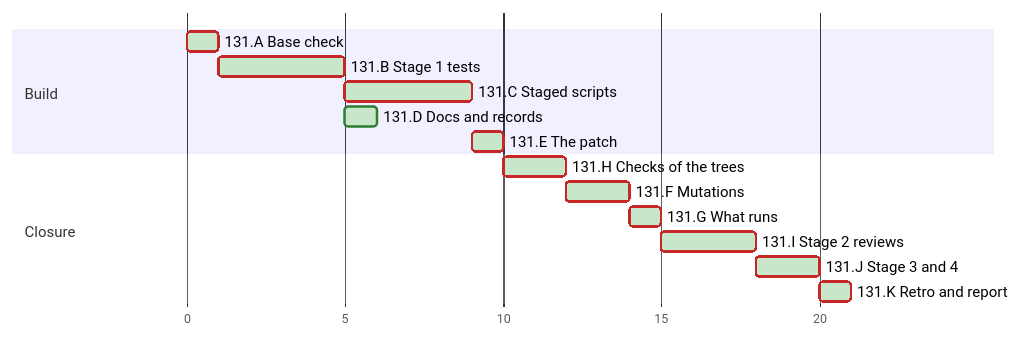
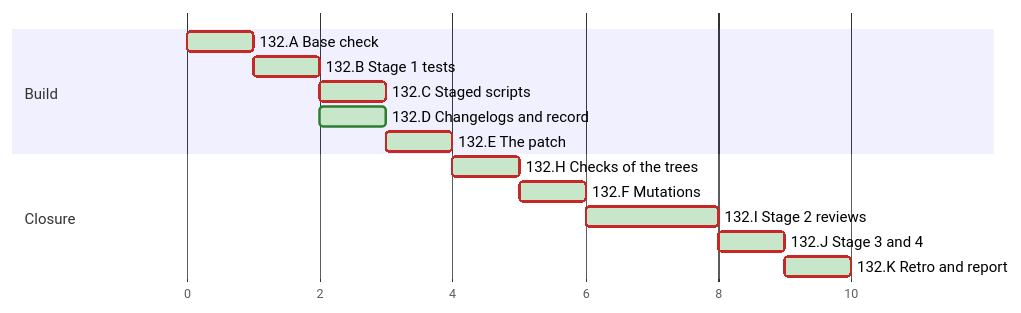
One commit to MatrixFounder/Agentic-development changed the diagram in docs/PLAN.md. Above: the diagram before and after it, drawn with Mermaid. The commit also changed other lines of this file and 13 other files, not shown here.

````diff
--- a/docs/PLAN.md
+++ b/docs/PLAN.md
@@ -691,23 +434,22 @@
 ```mermaid
 %%{init: {"look": "classic", "themeVariables": {"doneTaskBkgColor": "#C8E6C9", "doneTaskBorderColor": "#2E7D32", "activeTaskBkgColor": "#FFF3C4", "activeTaskBorderColor": "#F9A825", "taskBkgColor": "#FFFFFF", "taskBorderColor": "#9E9E9E", "critBkgColor": "#FFFFFF", "critBorderColor": "#C62828", "taskTextColor": "#212121", "taskTextDarkColor": "#212121"}, "gantt": {"barHeight": 16, "barGap": 4, "topPadding": 50, "fontSize": 12, "sectionFontSize": 12, "numberSectionStyles": 2, "useWidth": 900, "leftPadding": 140, "rightPadding": 229}, "themeCSS": ".grid .tick line { stroke-opacity: 0.25; } .activeText0.taskTextOutsideRight, .activeText1.taskTextOutsideRight, .activeText2.taskTextOutsideRight, .activeText3.taskTextOutsideRight, .activeCritText0.taskTextOutsideRight, .activeCritText1.taskTextOutsideRight, .activeCritText2.taskTextOutsideRight, .activeCritText3.taskTextOutsideRight, .doneText0.taskTextOutsideRight, .doneText1.taskTextOutsideRight, .doneText2.taskTextOutsideRight, .doneText3.taskTextOutsideRight, .doneCritText0.taskTextOutsideRight, .doneCritText1.taskTextOutsideRight, .doneCritText2.taskTextOutsideRight, .doneCritText3.taskTextOutsideRight, .activeText0.taskTextOutsideLeft, .activeText1.taskTextOutsideLeft, .activeText2.taskTextOutsideLeft, .activeText3.taskTextOutsideLeft, .activeCritText0.taskTextOutsideLeft, .activeCritText1.taskTextOutsideLeft, .activeCritText2.taskTextOutsideLeft, .activeCritText3.taskTextOutsideLeft, .doneText0.taskTextOutsideLeft, .doneText1.taskTextOutsideLeft, .doneText2.taskTextOutsideLeft, .doneText3.taskTextOutsideLeft, .doneCritText0.taskTextOutsideLeft, .doneCritText1.taskTextOutsideLeft, .doneCritText2.taskTextOutsideLeft, .doneCritText3.taskTextOutsideLeft { fill: #ffffff !important; mix-blend-mode: difference; }"}}%%
 gantt
   accTitle: Plan chart
   accDescr: Each bar starts when its last dependency ends and lasts its estimate, the axis counts estimate hours from the start, not dates.
   dateFormat x
   axisFormat %Q
-  tickInterval 5millisecond
+  tickInterval 2millisecond
   todayMarker off
   section Build
-    131.A Base check:done, crit, t131xA, 0, 1ms
-    131.B Stage 1 tests:done, crit, t131xB, 1, 4ms
-    131.C Staged scripts:done, crit, t131xC, 5, 4ms
-    131.D Docs and records:done, t131xD, 5, 1ms
-    131.E The patch:done, crit, t131xE, 9, 1ms
+    132.A Base check:done, crit, t132xA, 0, 1ms
+    132.B Stage 1 tests:done, crit, t132xB, 1, 1ms
+    132.C Staged scripts:done, crit, t132xC, 2, 1ms
+    132.D Changelogs and record:done, t132xD, 2, 1ms
+    132.E The patch:done, crit, t132xE, 3, 1ms
   section Closure
-    131.H Checks of the trees:done, crit, t131xH, 10, 2ms
-    131.F Mutations:done, crit, t131xF, 12, 2ms
-    131.G What runs:done, crit, t131xG, 14, 1ms
-    131.I Stage 2 reviews:done, crit, t131xI, 15, 3ms
-    131.J Stage 3 and 4:done, crit, t131xJ, 18, 2ms
-    131.K Retro and report:done, crit, t131xK, 20, 1ms
+    132.H Checks of the trees:done, crit, t132xH, 4, 1ms
+    132.F Mutations:done, crit, t132xF, 5, 1ms
+    132.I Stage 2 reviews:done, crit, t132xI, 6, 2ms
+    132.J Stage 3 and 4:done, crit, t132xJ, 8, 1ms
+    132.K Retro and report:done, crit, t132xK, 9, 1ms
 ```
````
